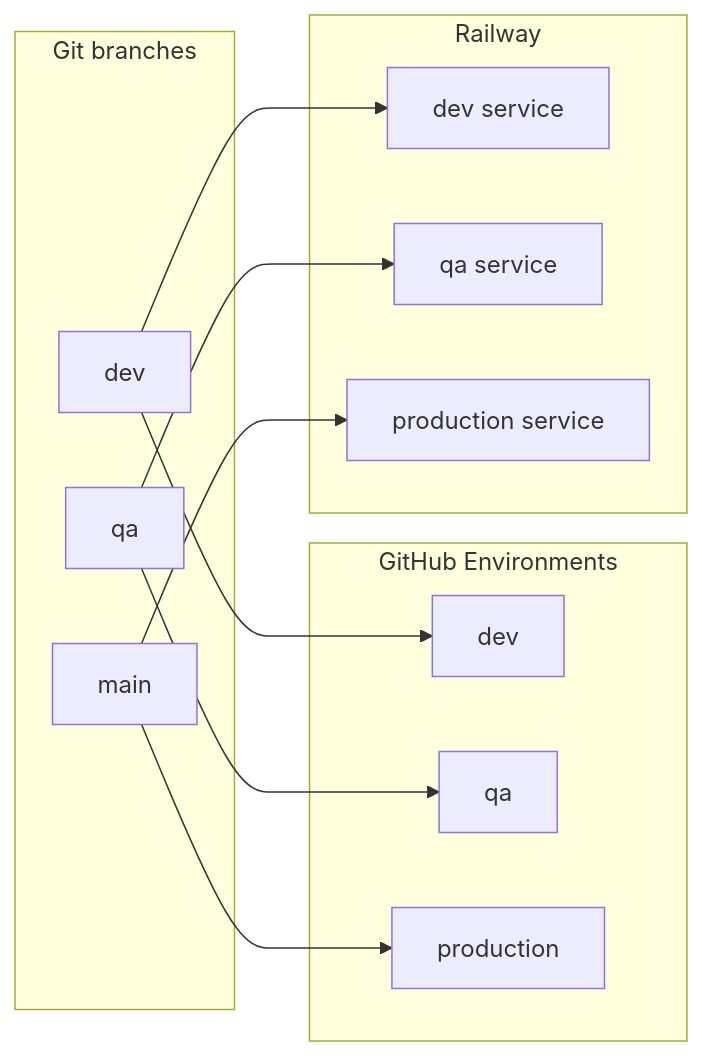
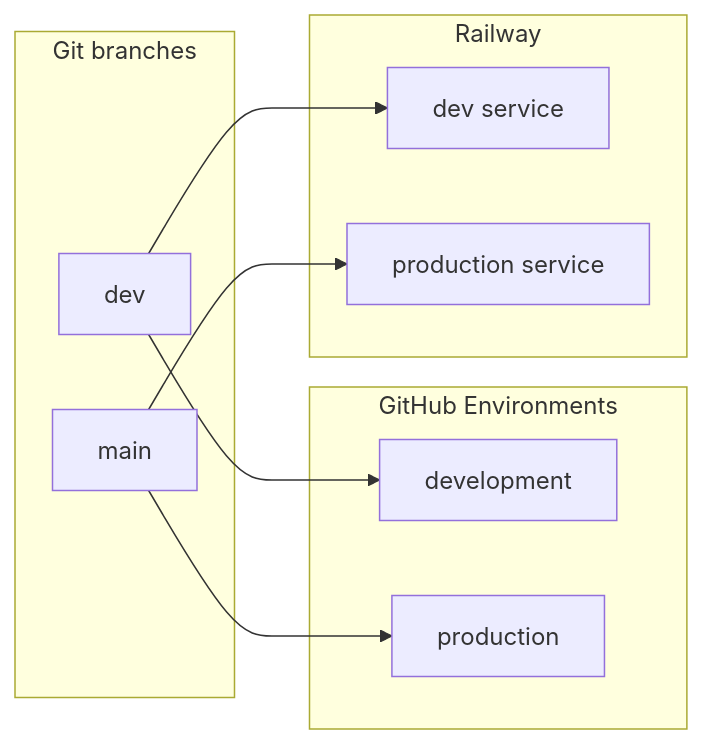
The third of 7 diagrams in docs/deployment/ci-cd/cicd-and-deployment.md (nikunjmavani/core-be), drawn with Mermaid before and after one commit. The commit also changed other lines of this file and 145 other files, not shown here.

````diff
--- a/docs/deployment/ci-cd/cicd-and-deployment.md
+++ b/docs/deployment/ci-cd/cicd-and-deployment.md
@@ -113,27 +110,22 @@
 ```mermaid
 flowchart LR
   subgraph branches [Git branches]
     dev_b[dev]
-    qa_b[qa]
     main_b[main]
   end
 
   subgraph gh_envs [GitHub Environments]
-    dev_env[dev]
-    qa_env[qa]
+    dev_env[development]
     prod_env[production]
   end
 
   subgraph railway [Railway]
     dev_svc[dev service]
-    qa_svc[qa service]
     prod_svc[production service]
   end
 
   dev_b --> dev_env
   dev_b --> dev_svc
-  qa_b --> qa_env
-  qa_b --> qa_svc
   main_b --> prod_env
   main_b --> prod_svc
 ```
````
